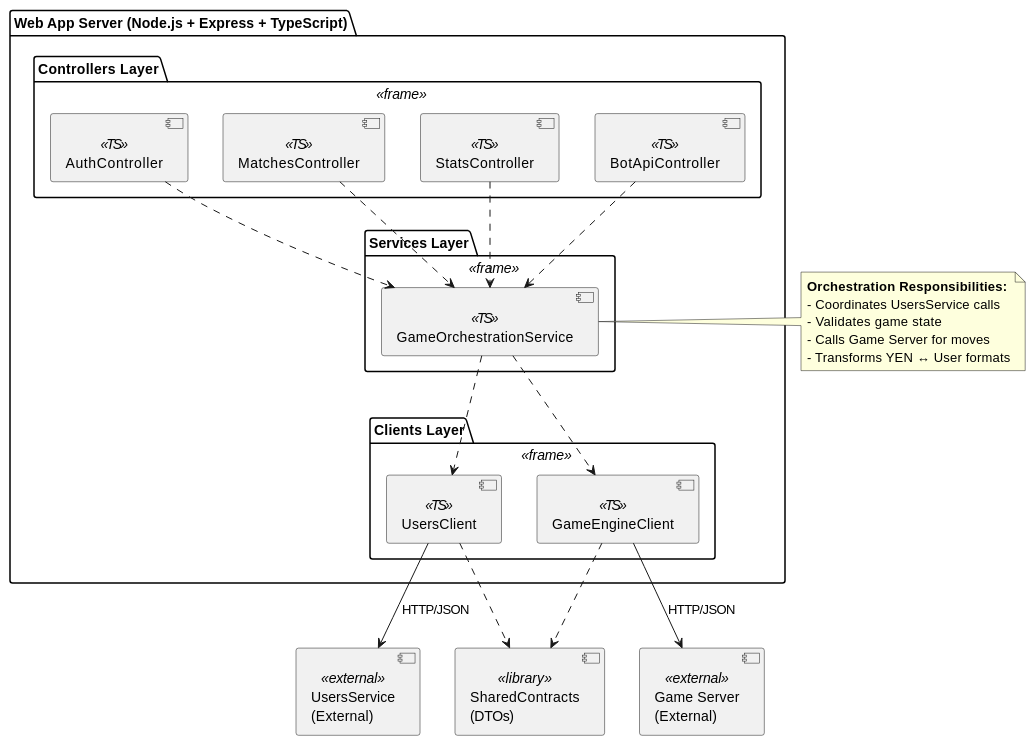
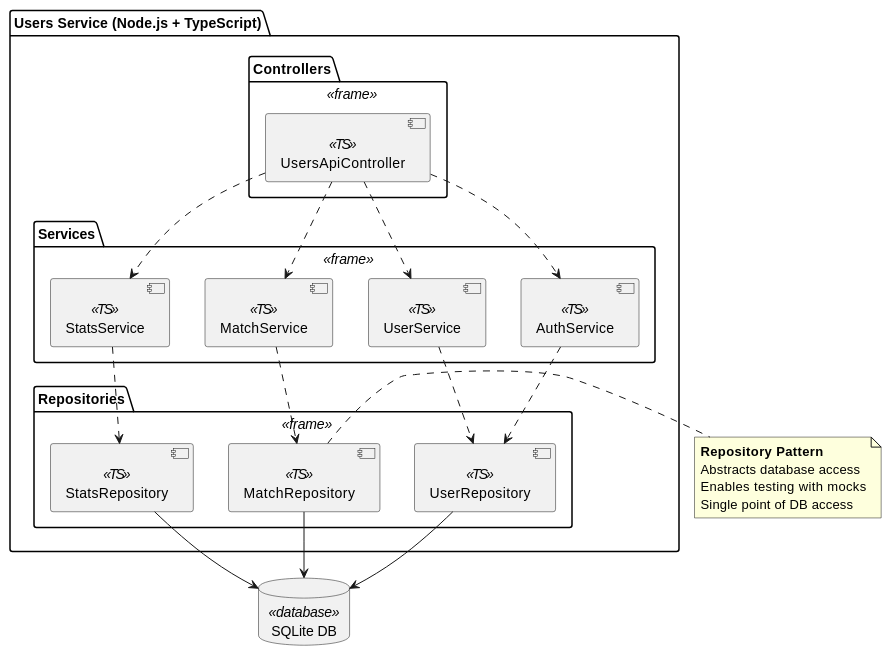
The second of 3 diagrams in docs/src/05_building_block_view.adoc (Arquisoft/yovi_es1c), drawn with PlantUML before and after one commit. The commit also changed other lines of this file and 9 other files, not shown here.

```diff
--- a/docs/src/05_building_block_view.adoc
+++ b/docs/src/05_building_block_view.adoc
@@ -96,50 +141,48 @@
-[plantuml, level2-webapp, png]
+[plantuml, level2-users, png]
 ----
 @startuml
-package "Web App Server (Node.js + Express + TypeScript)" {
+package "Users Service (Node.js + TypeScript)" {
 
-  package "Controllers Layer" <<frame>> {
-    component [AuthController] <<TS>>
-    component [MatchesController] <<TS>>
-    component [StatsController] <<TS>>
-    component [BotApiController] <<TS>>
+  package "Controllers" <<frame>> {
+    component [UsersApiController] <<TS>>
   }
 
-  package "Services Layer" <<frame>> {
-    component [GameOrchestrationService] <<TS>>
+  package "Services" <<frame>> {
+    component [AuthService] <<TS>>
+    component [UserService] <<TS>>
+    component [MatchService] <<TS>>
+    component [StatsService] <<TS>>
   }
 
-  package "Clients Layer" <<frame>> {
-    component [UsersClient] <<TS>>
-    component [GameEngineClient] <<TS>>
+  package "Repositories" <<frame>> {
+    component [UserRepository] <<TS>>
+    component [MatchRepository] <<TS>>
+    component [StatsRepository] <<TS>>
   }
 }
 
-component "UsersService\n(External)" as users <<external>>
-component "Game Server\n(External)" as game <<external>>
-component "SharedContracts\n(DTOs)" as contracts <<library>>
+database "SQLite DB" as db <<database>>
 
-[AuthController] ..> [GameOrchestrationService]
-[MatchesController] ..> [GameOrchestrationService]
-[StatsController] ..> [GameOrchestrationService]
-[BotApiController] ..> [GameOrchestrationService]
+[UsersApiController] ..> [AuthService]
+[UsersApiController] ..> [UserService]
+[UsersApiController] ..> [MatchService]
+[UsersApiController] ..> [StatsService]
 
-[GameOrchestrationService] ..> [UsersClient]
-[GameOrchestrationService] ..> [GameEngineClient]
+[AuthService] ..> [UserRepository]
+[UserService] ..> [UserRepository]
+[MatchService] ..> [MatchRepository]
+[StatsService] ..> [StatsRepository]
 
-[UsersClient] --> users : HTTP/JSON
-[GameEngineClient] --> game : HTTP/JSON
+[UserRepository] --> db
+[MatchRepository] --> db
+[StatsRepository] --> db
 
-[UsersClient] ..> contracts
-[GameEngineClient] ..> contracts
-
-note right of [GameOrchestrationService]
-  **Orchestration Responsibilities:**
-  - Coordinates UsersService calls
-  - Validates game state
-  - Calls Game Server for moves
-  - Transforms YEN ↔ User formats
+note right of [MatchRepository]
+  **Repository Pattern**
+  Abstracts database access
+  Enables testing with mocks
+  Single point of DB access
 end note
 
 @enduml
 ----
```
